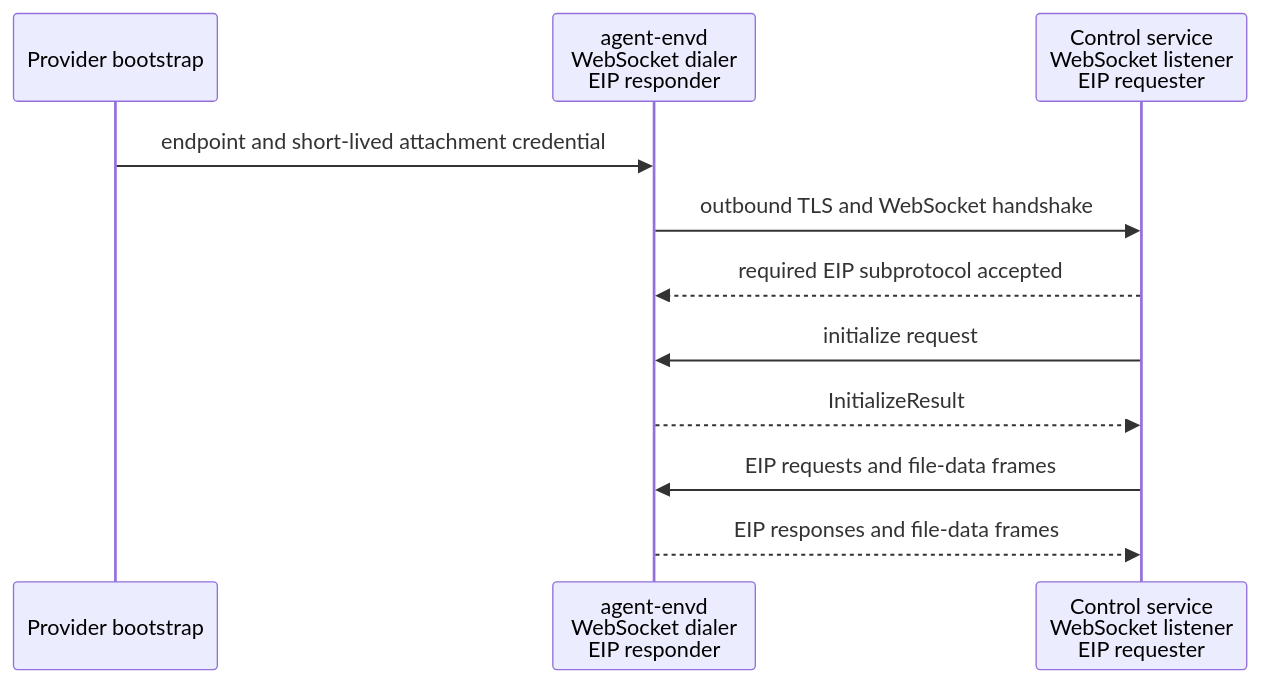
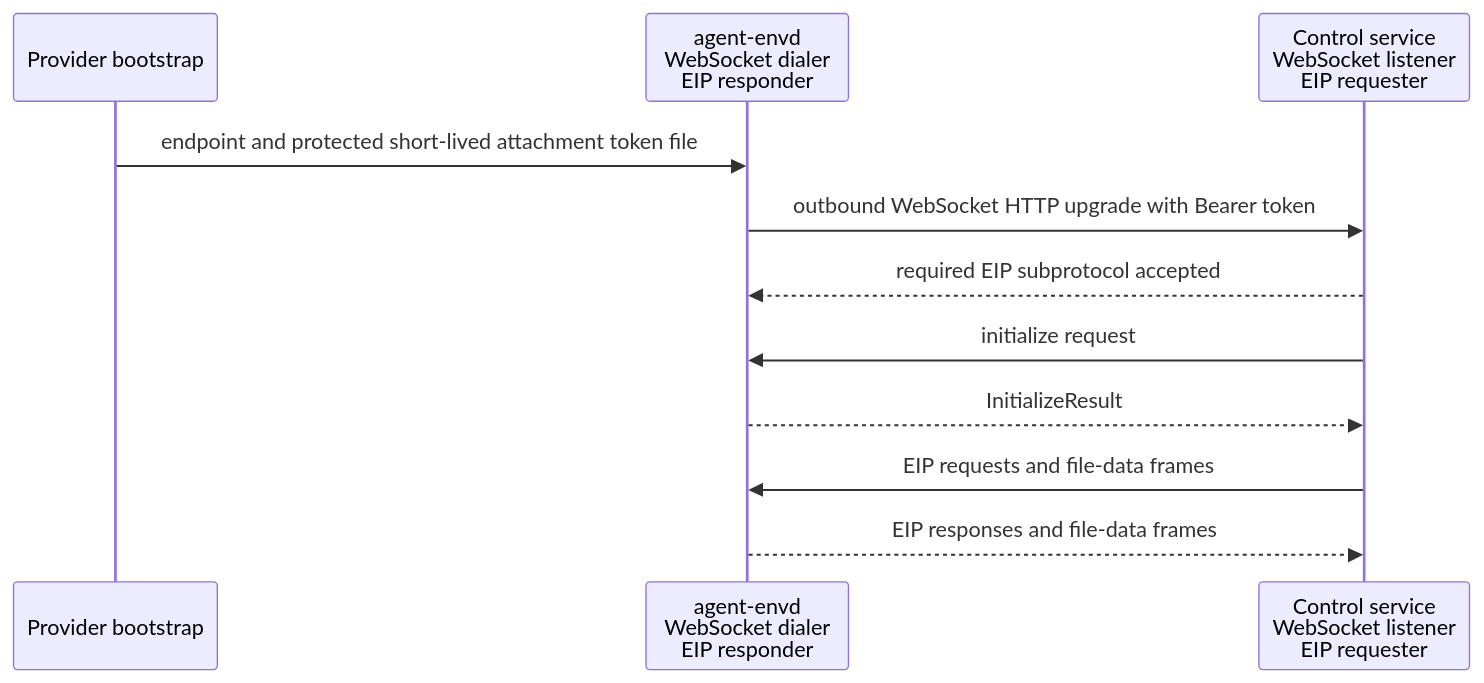
One commit to LTThreeComma/agent-foundation changed the first of 2 diagrams in spec/agent-envd/03-transports-and-sessions.md. Above: the diagram before and after it, drawn with Mermaid. The commit also changed other lines of this file and 86 other files, not shown here.

````diff
--- a/spec/agent-envd/03-transports-and-sessions.md
+++ b/spec/agent-envd/03-transports-and-sessions.md
@@ -31,14 +32,14 @@
 ```mermaid
 sequenceDiagram
     participant Provider as Provider bootstrap
     participant Envd as agent-envd<br/>WebSocket dialer<br/>EIP responder
     participant Control as Control service<br/>WebSocket listener<br/>EIP requester
 
-    Provider->>Envd: endpoint and short-lived attachment credential
-    Envd->>Control: outbound TLS and WebSocket handshake
+    Provider->>Envd: endpoint and protected short-lived attachment token file
+    Envd->>Control: outbound WebSocket HTTP upgrade with Bearer token
     Control-->>Envd: required EIP subprotocol accepted
     Control->>Envd: initialize request
     Envd-->>Control: InitializeResult
     Control->>Envd: EIP requests and file-data frames
     Envd-->>Control: EIP responses and file-data frames
 ```
````
